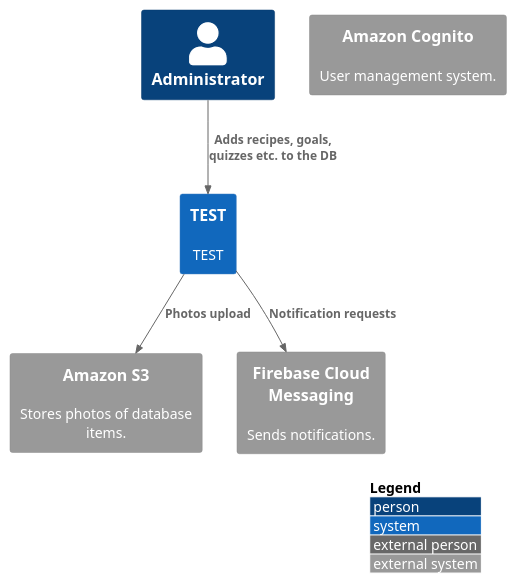
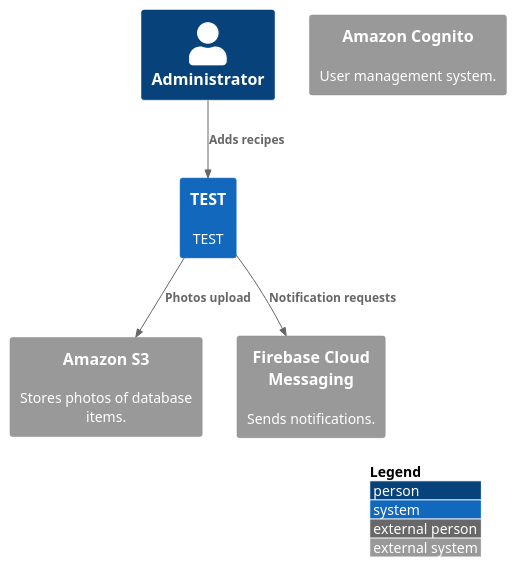
One commit to kaniak274/c4-builder-github-test changed the diagram in structure/context.puml. Above: the diagram before and after it, drawn with PlantUML.

```diff
--- a/structure/context.puml
+++ b/structure/context.puml
@@ -1,19 +1,19 @@
 @startuml
 !include https://raw.githubusercontent.com/adrianvlupu/C4-PlantUML/latest/C4_Context.puml
 
 LAYOUT_WITH_LEGEND()
 
 Person(admin, "Administrator")
 
 System_Ext(s3, "Amazon S3", "Stores photos of database items.")
 System_Ext(cognito, "Amazon Cognito", "User management system.")
 System_Ext(fcm, "Firebase Cloud Messaging", "Sends notifications.")
 
 System(test, "TEST", "TEST")
 
 Rel(test, s3, "Photos upload")
 Rel(test, fcm, "Notification requests")
 
-Rel(admin, test, "Adds recipes, goals, quizzes etc. to the DB")
+Rel(admin, test, "Adds recipes")
 
 @enduml
```
